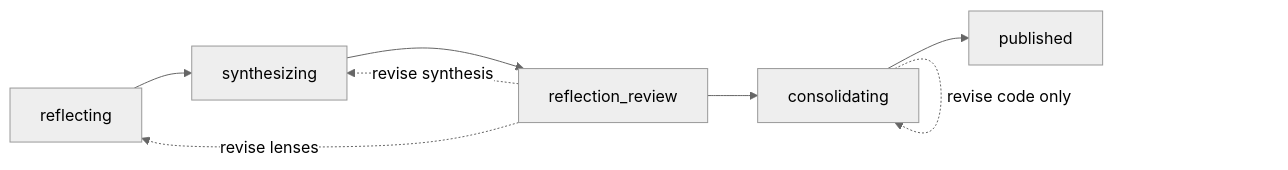
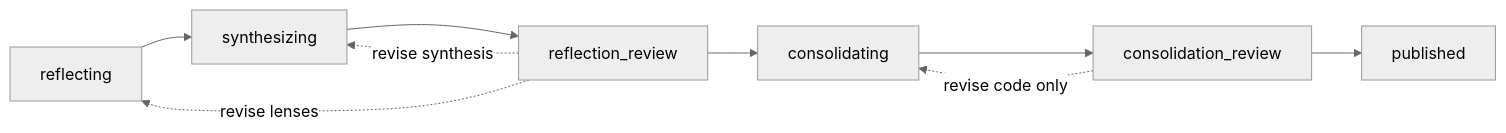
Before and after one commit to rapidreview-io/Merv: the second of 2 diagrams in merv/README.md, drawn with Mermaid (neutral theme). The commit also changed other lines of this file and 138 other files, not shown here.

First line of the commit message:
Introduce versioned workflow graphs, composition, and node dispatch

````diff
--- a/merv/README.md
+++ b/merv/README.md
@@ -118,7 +119,7 @@
 ```mermaid
 flowchart LR
-    reflecting --> synthesizing --> reflection_review --> consolidating --> published
+    reflecting --> synthesizing --> reflection_review --> consolidating --> consolidation_review --> published
     reflection_review -. revise lenses .-> reflecting
     reflection_review -. revise synthesis .-> synthesizing
-    consolidating -. revise code only .-> consolidating
+    consolidation_review -. revise code only .-> consolidating
 ```
````
